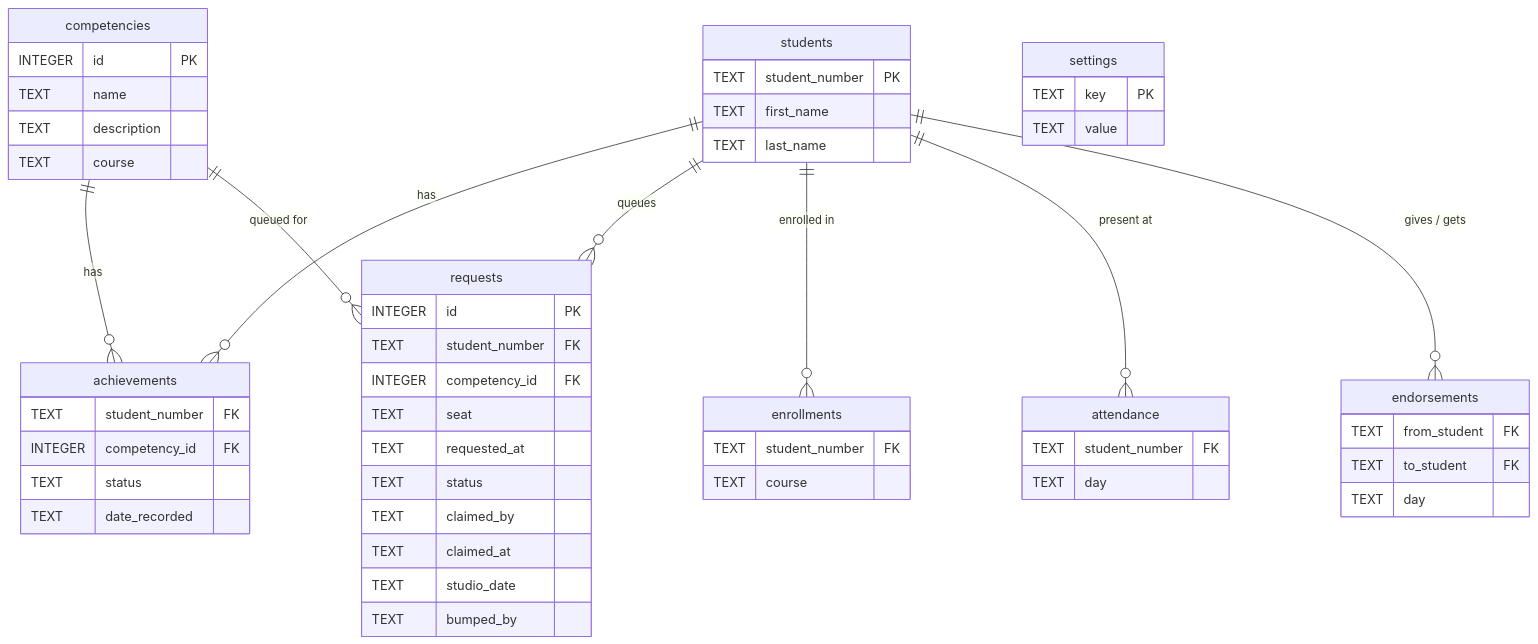
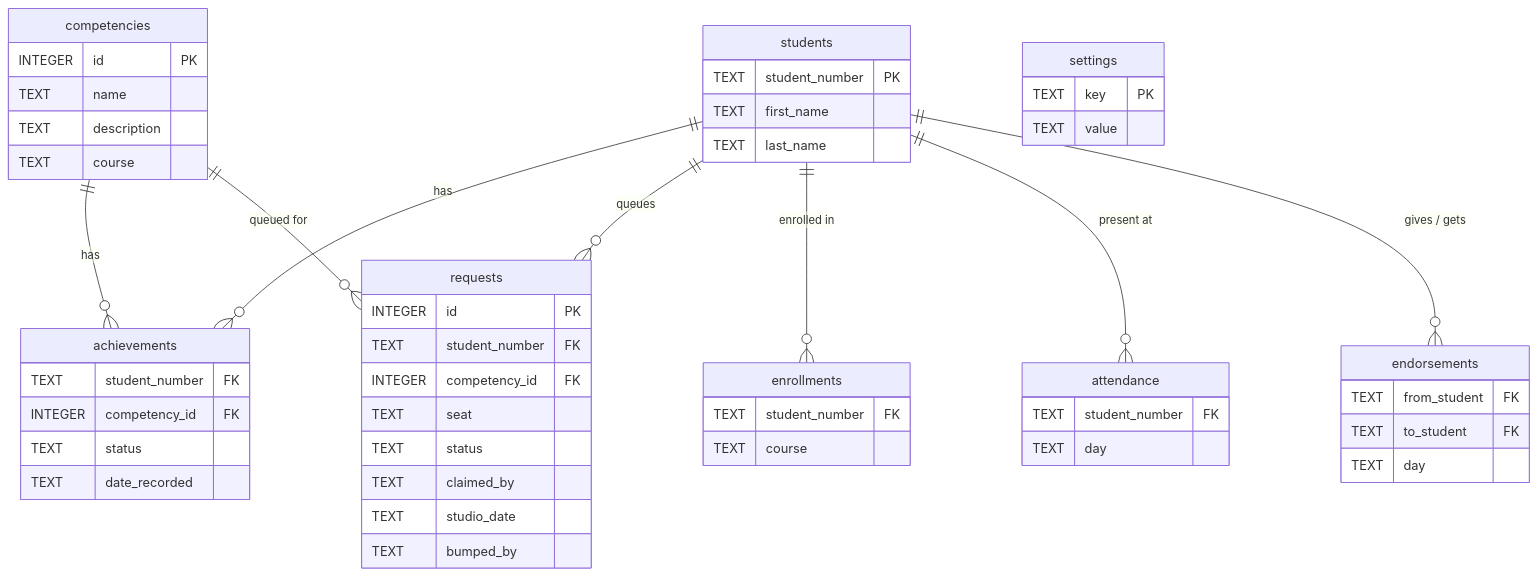
Before and after one commit to Zag-Research/competencies-app: the diagram in README.md, drawn with Mermaid. The commit also changed other lines of this file, not shown here.

````diff
--- a/README.md
+++ b/README.md
@@ -287,56 +113,54 @@
 ```mermaid
 erDiagram
     students ||--o{ achievements : "has"
     competencies ||--o{ achievements : "has"
     students ||--o{ requests : "queues"
     competencies ||--o{ requests : "queued for"
     students ||--o{ enrollments : "enrolled in"
     students ||--o{ attendance : "present at"
     students ||--o{ endorsements : "gives / gets"
     students {
         TEXT student_number PK
         TEXT first_name
         TEXT last_name
     }
     competencies {
         INTEGER id PK
         TEXT name
         TEXT description
         TEXT course
     }
     achievements {
         TEXT student_number FK
         INTEGER competency_id FK
         TEXT status
         TEXT date_recorded
     }
     requests {
         INTEGER id PK
         TEXT student_number FK
         INTEGER competency_id FK
         TEXT seat
-        TEXT requested_at
         TEXT status
         TEXT claimed_by
-        TEXT claimed_at
         TEXT studio_date
         TEXT bumped_by
     }
     enrollments {
         TEXT student_number FK
         TEXT course
     }
     attendance {
         TEXT student_number FK
         TEXT day
     }
     endorsements {
         TEXT from_student FK
         TEXT to_student FK
         TEXT day
     }
     settings {
         TEXT key PK
         TEXT value
     }
 ```
````
